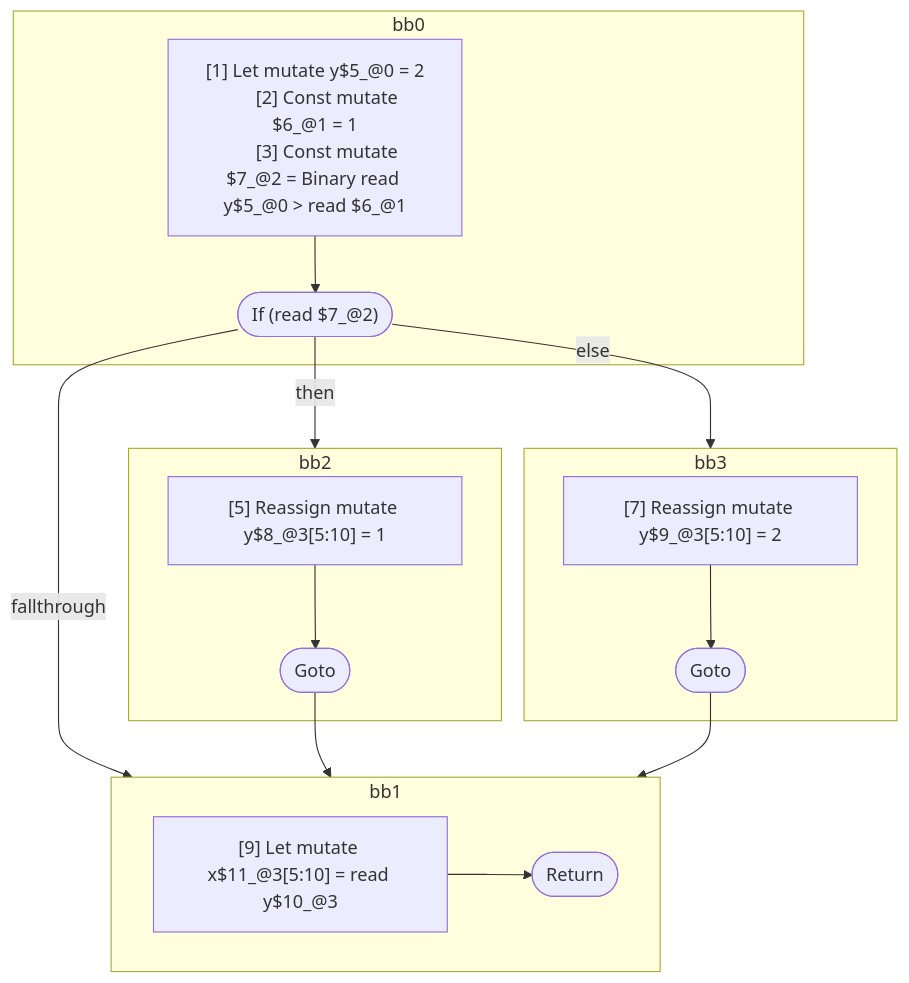
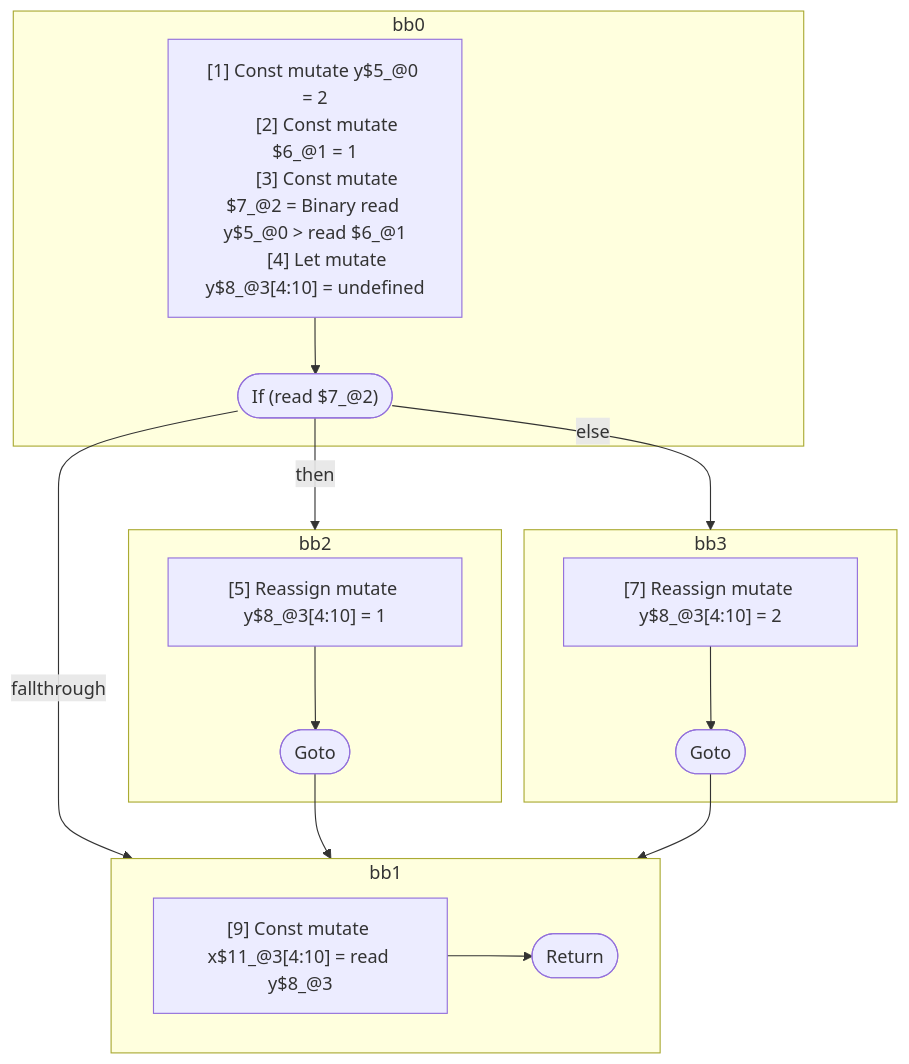
The diagram in compiler/forget/src/__tests__/fixtures/hir/ssa-simple-phi.expect.md (wutsmog/private), drawn with Mermaid before and after one commit. The commit also changed other lines of this file and 61 other files, not shown here.

````diff
--- a/compiler/forget/src/__tests__/fixtures/hir/ssa-simple-phi.expect.md
+++ b/compiler/forget/src/__tests__/fixtures/hir/ssa-simple-phi.expect.md
@@ -49,38 +49,39 @@
 ```mermaid
 flowchart TB
   %% Basic Blocks
   subgraph bb0
     bb0_instrs["
-      [1] Let mutate y$5_@0 = 2
+      [1] Const mutate y$5_@0 = 2
       [2] Const mutate $6_@1 = 1
       [3] Const mutate $7_@2 = Binary read y$5_@0 > read $6_@1
+      [4] Let mutate y$8_@3[4:10] = undefined
     "]
     bb0_instrs --> bb0_terminal(["If (read $7_@2)"])
   end
   subgraph bb2
     bb2_instrs["
-      [5] Reassign mutate y$8_@3[5:10] = 1
+      [5] Reassign mutate y$8_@3[4:10] = 1
     "]
     bb2_instrs --> bb2_terminal(["Goto"])
   end
   subgraph bb3
     bb3_instrs["
-      [7] Reassign mutate y$9_@3[5:10] = 2
+      [7] Reassign mutate y$8_@3[4:10] = 2
     "]
     bb3_instrs --> bb3_terminal(["Goto"])
   end
   subgraph bb1
     bb1_instrs["
-      [9] Let mutate x$11_@3[5:10] = read y$10_@3
+      [9] Const mutate x$11_@3[4:10] = read y$8_@3
     "]
     bb1_instrs --> bb1_terminal(["Return"])
   end
 
   %% Jumps
   bb0_terminal -- "then" --> bb2
   bb0_terminal -- "else" --> bb3
   bb0_terminal -- "fallthrough" --> bb1
   bb2_terminal --> bb1
   bb3_terminal --> bb1
 
 ```
````
